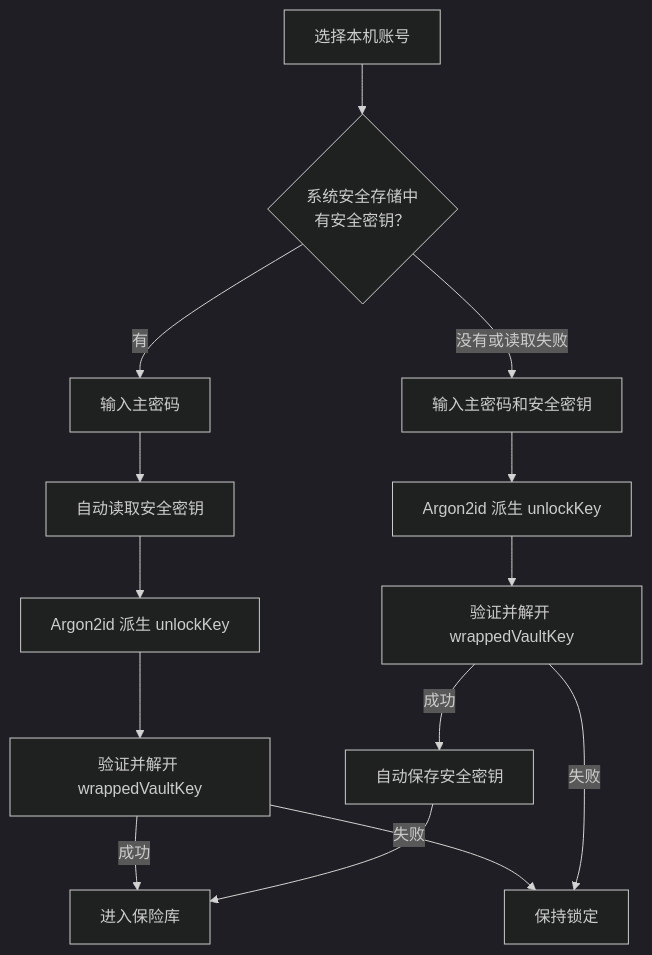
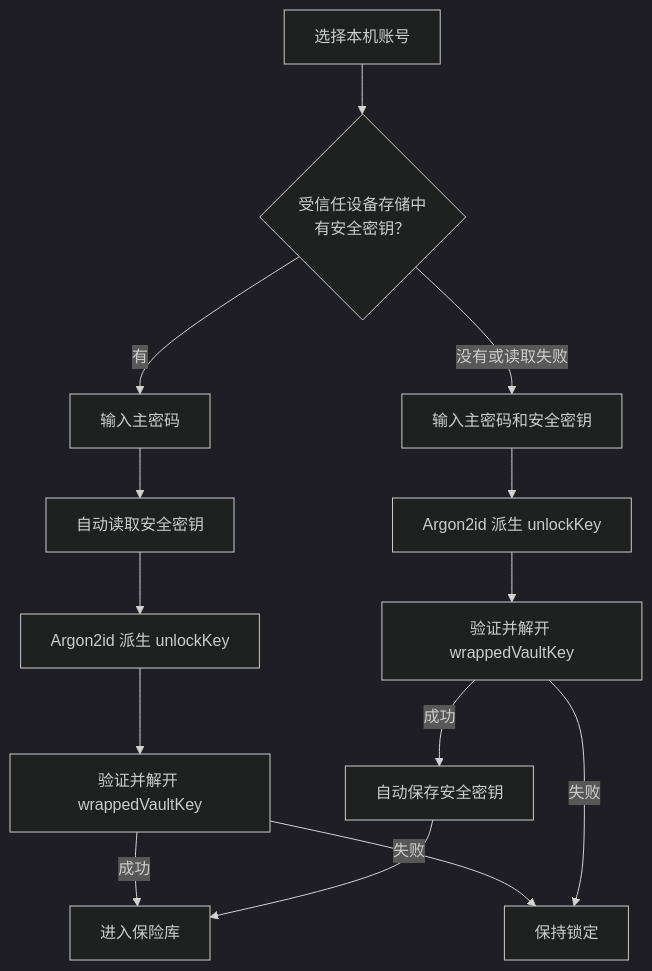
One commit to ftyszyx/lockpass-next changed the second of 2 diagrams in docs/security-model.md. Above: the diagram before and after it, drawn with Mermaid (dark theme). The commit also changed other lines of this file and 114 other files, not shown here.

````diff
--- a/docs/security-model.md
+++ b/docs/security-model.md
@@ -49,16 +49,16 @@
 ```mermaid
 flowchart TD
-  account["选择本机账号"] --> hasSecret{"系统安全存储中<br/>有安全密钥？"}
+  account["选择本机账号"] --> hasSecret{"受信任设备存储中<br/>有安全密钥？"}
   hasSecret -- "有" --> masterOnly["输入主密码"]
   masterOnly --> loadSecret["自动读取安全密钥"]
   loadSecret --> dailyDerive["Argon2id 派生 unlockKey"]
   dailyDerive --> dailyUnwrap["验证并解开 wrappedVaultKey"]
   dailyUnwrap -- "成功" --> unlocked["进入保险库"]
   dailyUnwrap -- "失败" --> locked["保持锁定"]
   hasSecret -- "没有或读取失败" --> fullUnlock["输入主密码和安全密钥"]
   fullUnlock --> fullDerive["Argon2id 派生 unlockKey"]
   fullDerive --> fullUnwrap["验证并解开 wrappedVaultKey"]
   fullUnwrap -- "失败" --> locked
   fullUnwrap -- "成功" --> saveSecret["自动保存安全密钥"]
   saveSecret --> unlocked["进入保险库"]
 ```
````
